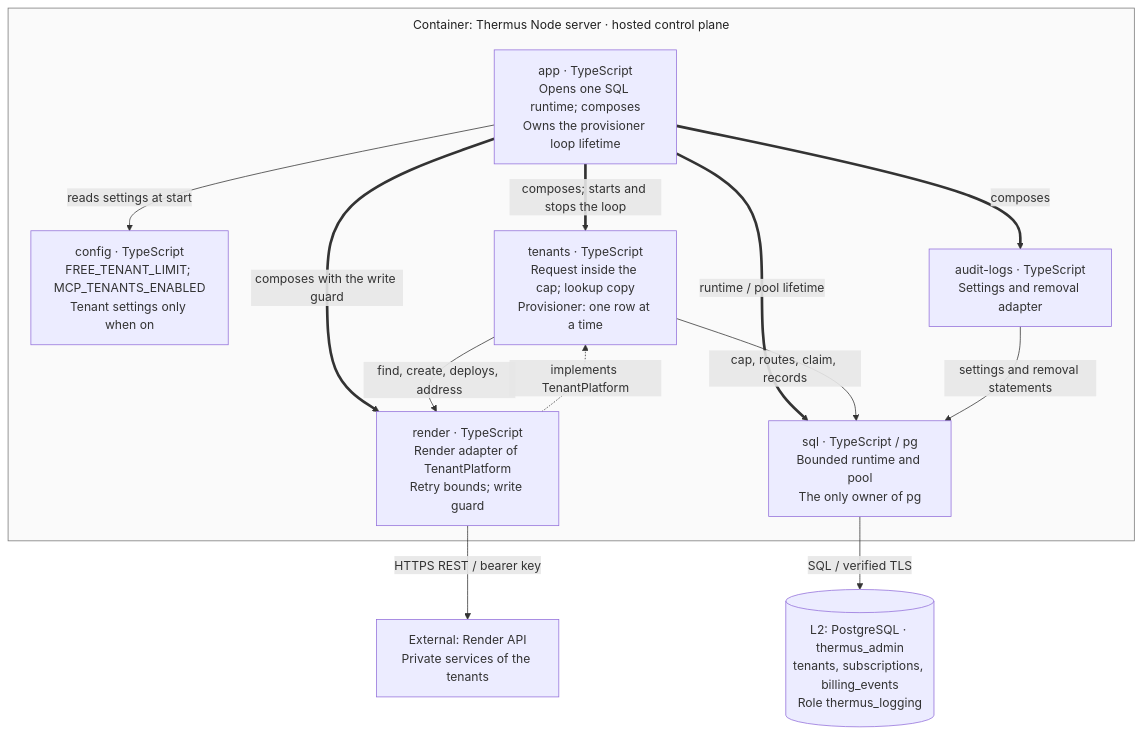
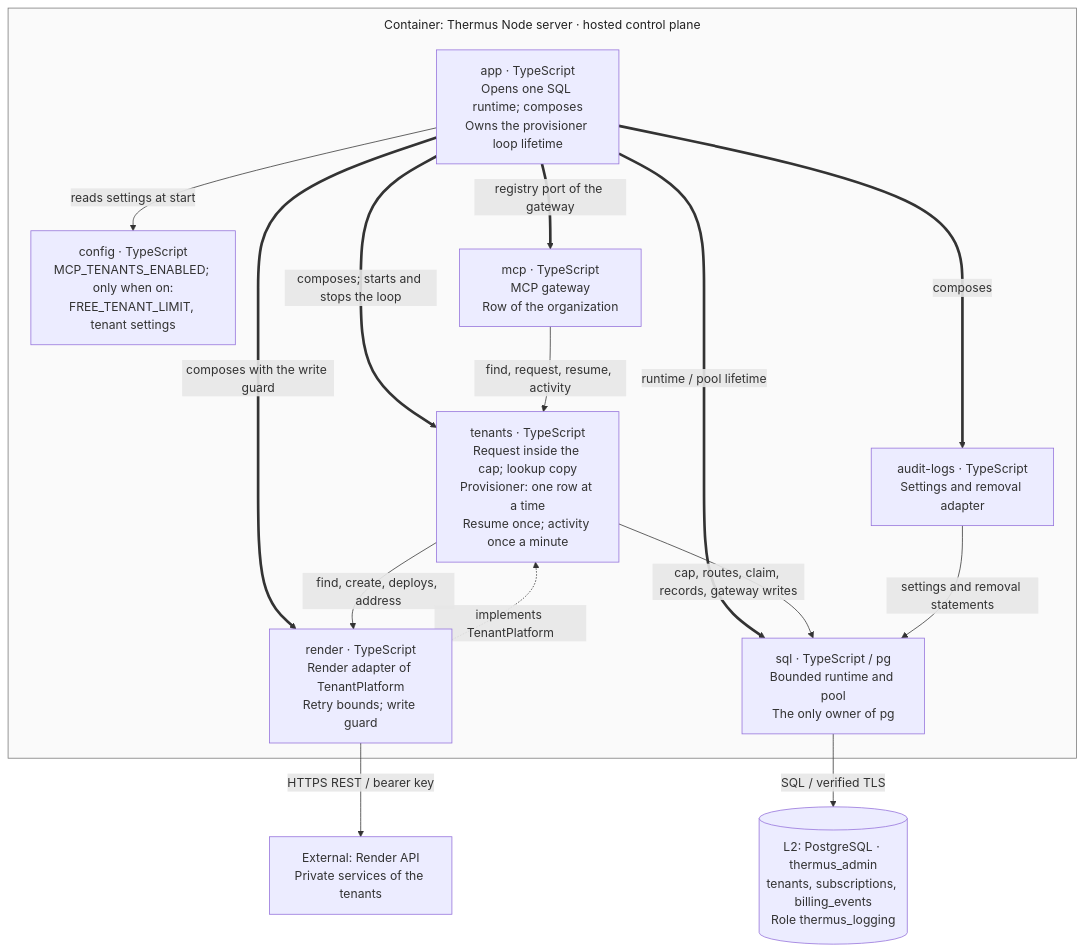
Before and after one commit to tomer-mayara/Thermus: the ninth of 20 diagrams in architecture/components.md, drawn with Mermaid. The commit also changed other lines of this file and 89 other files, not shown here.

First line of the commit message:
Add the MCP gateway and the audit relay route behind MCP_TENANTS_ENABLED (SO-05) (#285)

````diff
--- a/architecture/components.md
+++ b/architecture/components.md
@@ -547,26 +550,29 @@
 ```mermaid
 %%{init: {"flowchart": {"wrappingWidth": 180, "nodeSpacing": 40, "rankSpacing": 40, "subGraphTitleMargin": {"top": 10, "bottom": 25}}}}%%
 flowchart TB
   subgraph tenancy_server["Container: Thermus Node server · hosted control plane"]
-    tenancy_config["config · TypeScript<br/>FREE_TENANT_LIMIT; MCP_TENANTS_ENABLED<br/>Tenant settings only when on"]
+    tenancy_config["config · TypeScript<br/>MCP_TENANTS_ENABLED; only when on:<br/>FREE_TENANT_LIMIT, tenant settings"]
     tenancy_app["app · TypeScript<br/>Opens one SQL runtime; composes<br/>Owns the provisioner loop lifetime"]
-    tenancy_tenants["tenants · TypeScript<br/>Request inside the cap; lookup copy<br/>Provisioner: one row at a time"]
+    tenancy_mcp["mcp · TypeScript<br/>MCP gateway<br/>Row of the organization"]
+    tenancy_tenants["tenants · TypeScript<br/>Request inside the cap; lookup copy<br/>Provisioner: one row at a time<br/>Resume once; activity once a minute"]
     tenancy_render["render · TypeScript<br/>Render adapter of TenantPlatform<br/>Retry bounds; write guard"]
     tenancy_audit["audit-logs · TypeScript<br/>Settings and removal adapter"]
     tenancy_sql["sql · TypeScript / pg<br/>Bounded runtime and pool<br/>The only owner of pg"]
     tenancy_app -->|reads settings at start| tenancy_config
     tenancy_app ==>|composes; starts and stops the loop| tenancy_tenants
+    tenancy_app ==>|registry port of the gateway| tenancy_mcp
     tenancy_app ==>|composes with the write guard| tenancy_render
     tenancy_app ==>|composes| tenancy_audit
     tenancy_app ==>|runtime / pool lifetime| tenancy_sql
+    tenancy_mcp -->|find, request, resume, activity| tenancy_tenants
     tenancy_tenants -->|find, create, deploys, address| tenancy_render
     tenancy_render -.->|implements TenantPlatform| tenancy_tenants
-    tenancy_tenants -->|cap, routes, claim, records| tenancy_sql
+    tenancy_tenants -->|cap, routes, claim, records, gateway writes| tenancy_sql
     tenancy_audit -->|settings and removal statements| tenancy_sql
   end
   tenancy_db[("L2: PostgreSQL · thermus_admin<br/>tenants, subscriptions, billing_events<br/>Role thermus_logging")]
   tenancy_api["External: Render API<br/>Private services of the tenants"]
   tenancy_sql -->|SQL / verified TLS| tenancy_db
   tenancy_render -->|HTTPS REST / bearer key| tenancy_api
   style tenancy_server fill:#fafafa,stroke:#777777,color:#222222
 ```
````
